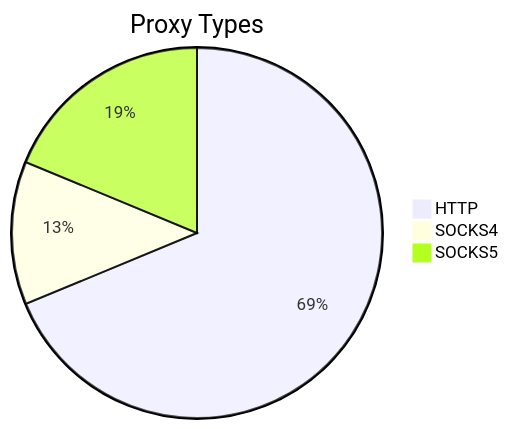
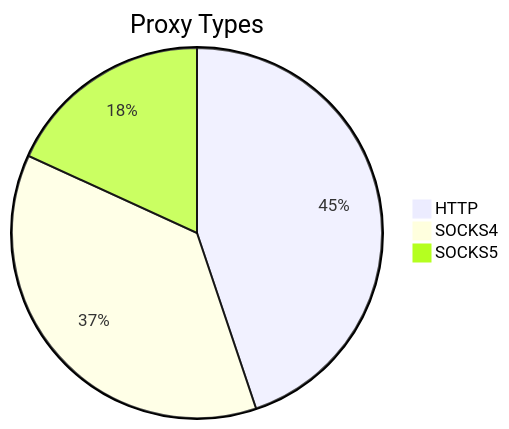
The first of 2 diagrams in README.md (stormsia/proxy-list), drawn with Mermaid before and after one commit. The commit also changed other lines of this file, not shown here.

````diff
--- a/README.md
+++ b/README.md
@@ -21,6 +21,6 @@
 ```mermaid
 pie title Proxy Types
-    "HTTP" : 220
-    "SOCKS4" : 40
-    "SOCKS5" : 60
+    "HTTP" : 269
+    "SOCKS4" : 222
+    "SOCKS5" : 109
 ```
````
